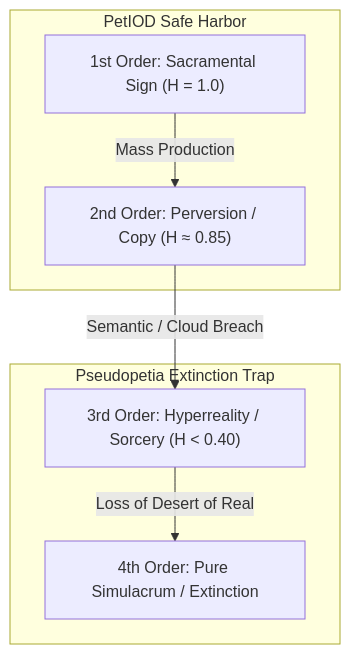
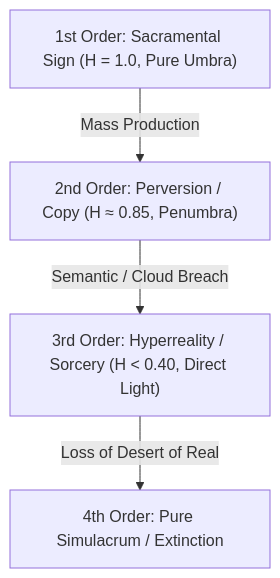
One commit to zetathix/petiod changed the third of 3 diagrams in README.md. Above: the diagram before and after it, drawn with Mermaid. The commit also changed other lines of this file, not shown here.

````diff
--- a/README.md
+++ b/README.md
@@ -291,17 +182,7 @@
 ```mermaid
 flowchart TD
-    A["1st Order: Sacramental Sign (H = 1.0)"] -->|Mass Production| B["2nd Order: Perversion / Copy (H ≈ 0.85)"]
-    B -->|Semantic / Cloud Breach| C["3rd Order: Hyperreality / Sorcery (H < 0.40)"]
+    A["1st Order: Sacramental Sign (H = 1.0, Pure Umbra)"] -->|Mass Production| B["2nd Order: Perversion / Copy (H ≈ 0.85, Penumbra)"]
+    B -->|Semantic / Cloud Breach| C["3rd Order: Hyperreality / Sorcery (H < 0.40, Direct Light)"]
     C -->|Loss of Desert of Real| D["4th Order: Pure Simulacrum / Extinction"]
-    
-    subgraph "PetIOD Safe Harbor"
-    A
-    B
-    end
-    
-    subgraph "Pseudopetia Extinction Trap"
-    C
-    D
-    end
 
 ```
````
